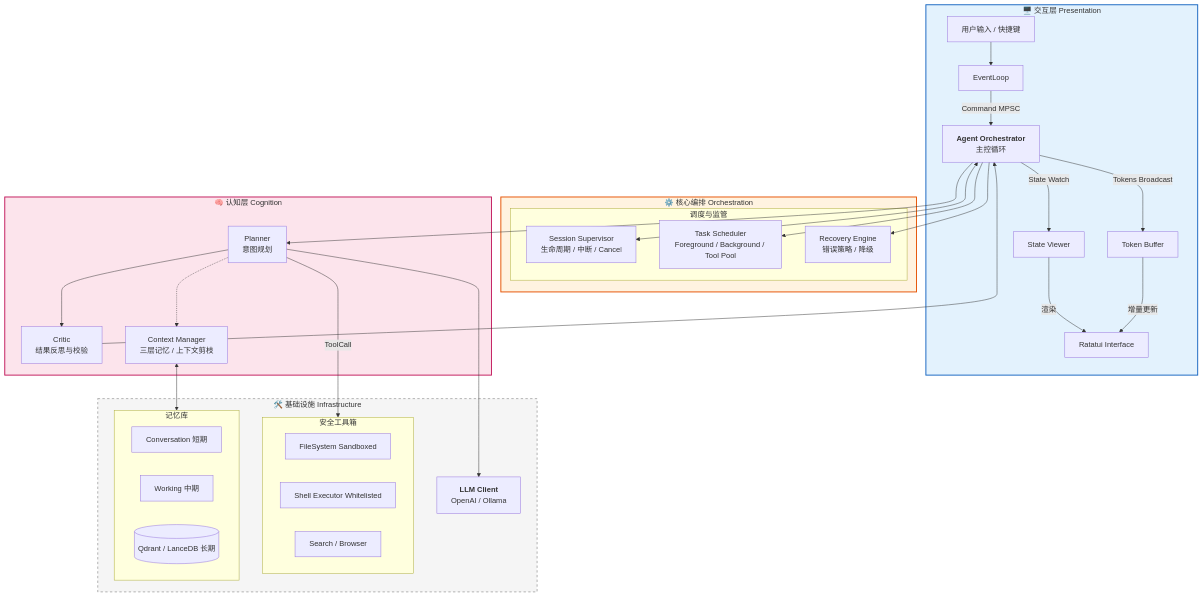
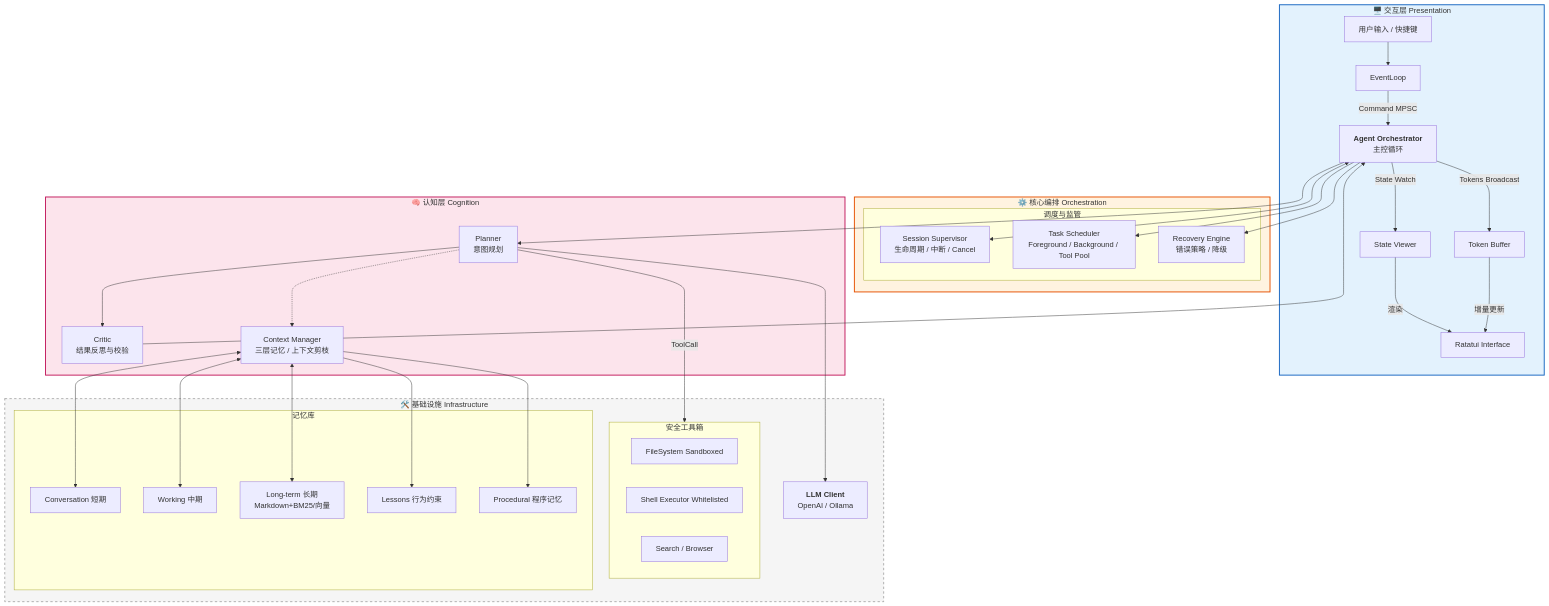
Before and after one commit to jerry-guo-mys/bee-agents: the diagram in docs/Rust个人智能体系统(Bee)-架构设计白皮书.md, drawn with Mermaid. The commit also changed other lines of this file and 10 other files, not shown here.

````diff
--- a/docs/Rust个人智能体系统(Bee)-架构设计白皮书.md
+++ b/docs/Rust个人智能体系统(Bee)-架构设计白皮书.md
@@ -18,73 +19,79 @@
 ```mermaid
 graph TD
     %% 样式定义
     classDef ui fill:#e3f2fd,stroke:#1565c0,stroke-width:2px;
     classDef core fill:#fff3e0,stroke:#e65100,stroke-width:2px;
     classDef brain fill:#fce4ec,stroke:#c2185b,stroke-width:2px;
     classDef infra fill:#f5f5f5,stroke:#616161,stroke-width:1px,stroke-dasharray: 5 5;
 
     %% --- UI 层 ---
     subgraph UI_Layer [🖥️ 交互层 Presentation]
         Input[用户输入 / 快捷键] --> EventLoop
         EventLoop -- "Command MPSC" --> Orchestrator
         
         StateWatcher[State Viewer] -- "渲染" --> TUI[Ratatui Interface]
         StreamBuffer[Token Buffer] -- "增量更新" --> TUI
     end
 
     %% --- 核心编排层 ---
     subgraph Core_Layer [⚙️ 核心编排 Orchestration]
         Orchestrator[<b>Agent Orchestrator</b><br>主控循环]
         
         subgraph Scheduler [调度与监管]
             Supervisor[Session Supervisor<br>生命周期 / 中断 / Cancel]
             SchedulerModule[Task Scheduler<br>Foreground / Background / Tool Pool]
             Recovery[Recovery Engine<br>错误策略 / 降级]
         end
 
         Orchestrator <--> Supervisor
         Orchestrator --> SchedulerModule
         Orchestrator --> Recovery
         
         Orchestrator -- "State Watch" --> StateWatcher
         Orchestrator -- "Tokens Broadcast" --> StreamBuffer
     end
 
     %% --- 认知与推理层 ---
     subgraph Cognitive_Layer [🧠 认知层 Cognition]
         Planner[Planner<br>意图规划]
         Critic[Critic<br>结果反思与校验]
         Context[Context Manager<br>三层记忆 / 上下文剪枝]
         
         Orchestrator --> Planner
         Planner --> Critic
         Critic --> Orchestrator
         Planner -.-> Context
     end
 
     %% --- 能力与数据层 ---
     subgraph Infra_Layer [🛠️ 基础设施 Infrastructure]
         LLM[<b>LLM Client</b><br>OpenAI / Ollama]
         
         subgraph Tooling [安全工具箱]
             FS[FileSystem Sandboxed]
             Shell[Shell Executor Whitelisted]
             Web[Search / Browser]
         end
         
         subgraph Memory [记忆库]
             ShortTerm[Conversation 短期]
             Working[Working 中期]
-            VectorDB[(Qdrant / LanceDB 长期)]
+            LongTerm[Long-term 长期<br>Markdown+BM25/向量]
+            Lessons[Lessons 行为约束]
+            Procedural[Procedural 程序记忆]
         end
         
         Planner --> LLM
         Planner -- "ToolCall" --> Tooling
-        Context <--> Memory
+        Context <--> ShortTerm
+        Context <--> Working
+        Context <--> LongTerm
+        Context --> Lessons
+        Context --> Procedural
     end
 
     class UI_Layer ui;
     class Core_Layer core;
     class Cognitive_Layer brain;
     class Infra_Layer infra;
 ```
````
